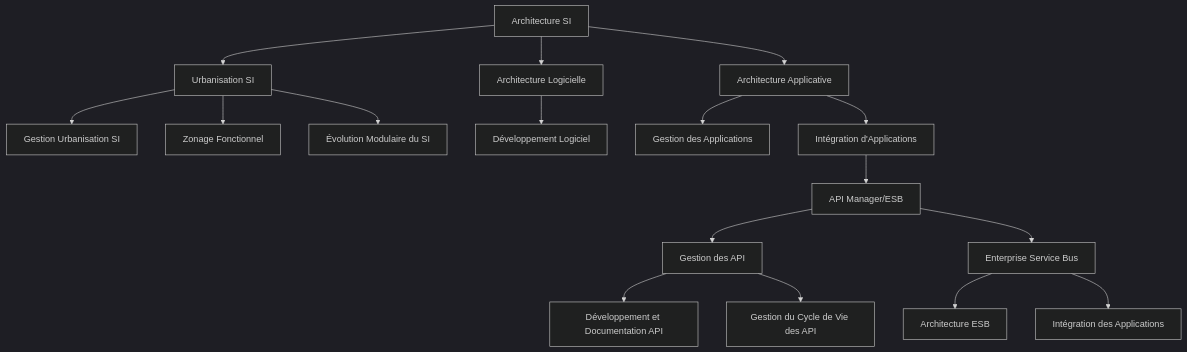
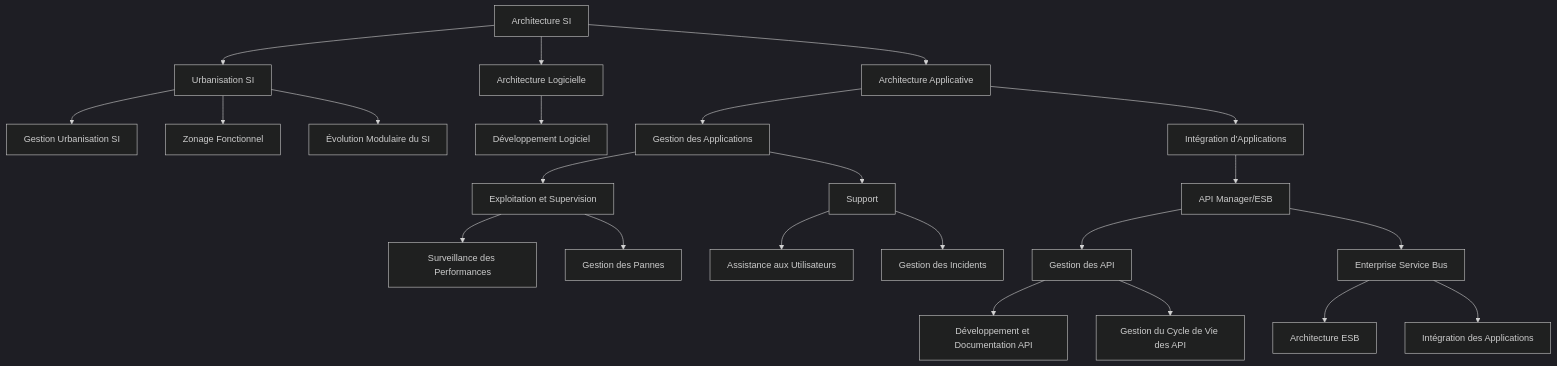
Before and after one commit to sanogotech/preparationCertificationCCNA: the second of 6 diagrams in TestSchema.md, drawn with Mermaid (dark theme). The commit also changed other lines of this file, not shown here.

````diff
--- a/TestSchema.md
+++ b/TestSchema.md
@@ -19,31 +21,43 @@
 ```mermaid
 graph TD
     B[Architecture SI] --> B1[Urbanisation SI]
     B --> B2[Architecture Logicielle]
     B --> B3[Architecture Applicative]
 
     %% Urbanisation SI
     B1 --> B1a[Gestion Urbanisation SI]
     B1 --> B1b[Zonage Fonctionnel]
     B1 --> B1c[Évolution Modulaire du SI]
 
     %% Architecture Logicielle
     B2 --> B2a[Développement Logiciel]
 
     %% Architecture Applicative
     B3 --> B3a[Gestion des Applications]
     B3 --> B3b[Intégration d'Applications]
 
+    %% Gestion des Applications
+    B3a --> B3a1[Exploitation et Supervision]
+    B3a --> B3a2[Support]
+
+    %% Exploitation et Supervision
+    B3a1 --> B3a1a[Surveillance des Performances]
+    B3a1 --> B3a1b[Gestion des Pannes]
+
+    %% Support
+    B3a2 --> B3a2a[Assistance aux Utilisateurs]
+    B3a2 --> B3a2b[Gestion des Incidents]
+
     %% Intégration d'Applications
     B3b --> H[API Manager/ESB]
     H --> H1[Gestion des API]
     H --> H2[Enterprise Service Bus]
 
     %% Gestion des API
     H1 --> H1a[Développement et Documentation API]
     H1 --> H1b[Gestion du Cycle de Vie des API]
 
     %% Enterprise Service Bus
     H2 --> H2a[Architecture ESB]
     H2 --> H2b[Intégration des Applications]
 ```
````
